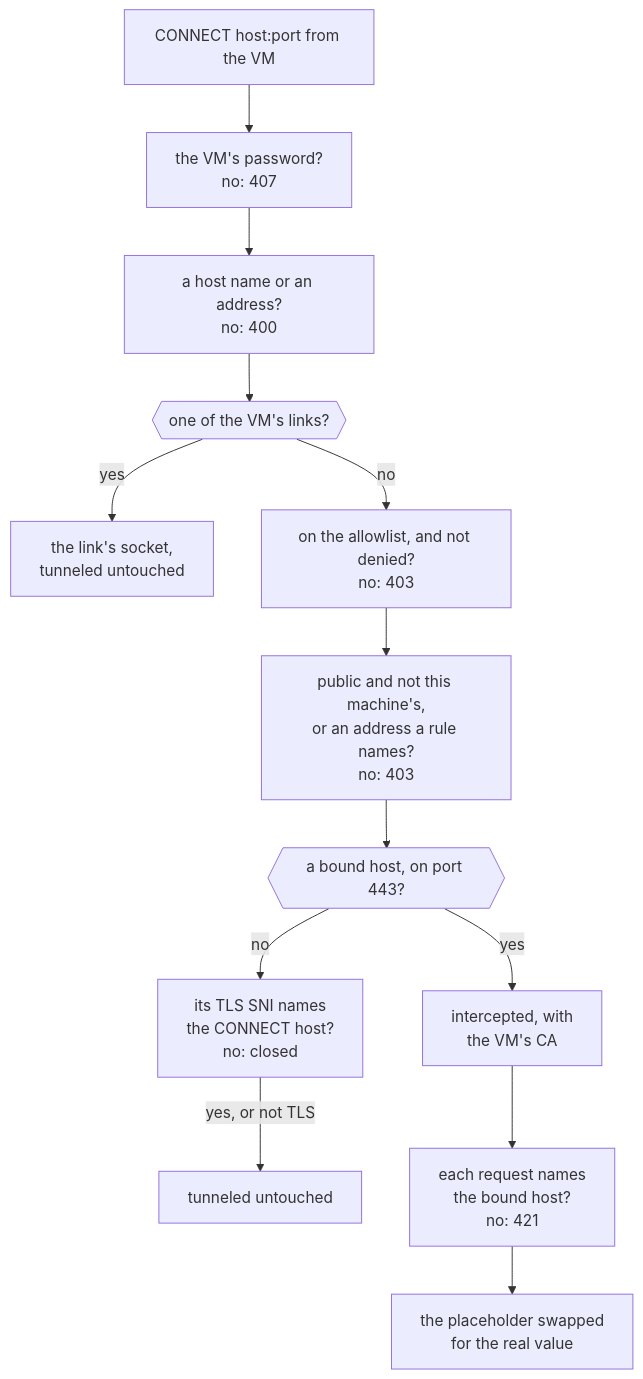
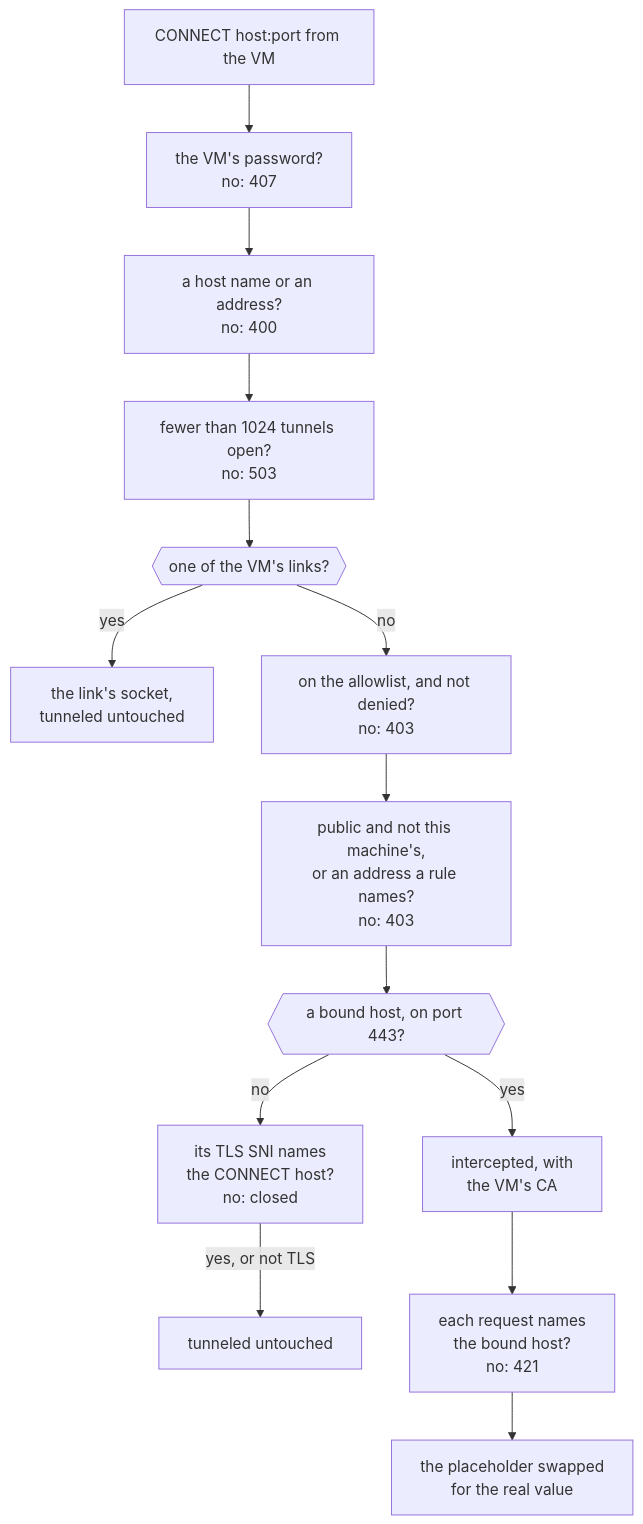
Before and after one commit to DustyPolk/devvm: the first of 2 diagrams in docs/content/docs/internals/network.md, drawn with Mermaid. The commit also changed other lines of this file and 5 other files, not shown here.

````diff
--- a/docs/content/docs/internals/network.md
+++ b/docs/content/docs/internals/network.md
@@ -41,15 +42,16 @@
 ```mermaid
 flowchart TD
   conn["CONNECT host:port from the VM"] --> pw["the VM's password?<br>no: 407"]
   pw --> name["a host name or an address?<br>no: 400"]
-  name --> link{{"one of the VM's links?"}}
+  name --> room["fewer than 1024 tunnels open?<br>no: 503"]
+  room --> link{{"one of the VM's links?"}}
   link -- "yes" --> linked["the link's socket,<br>tunneled untouched"]
   link -- "no" --> allow["on the allowlist, and not denied?<br>no: 403"]
   allow --> floor["public and not this machine's,<br>or an address a rule names?<br>no: 403"]
   floor --> bound{{"a bound host, on port 443?"}}
   bound -- "no" --> sni["its TLS SNI names<br>the CONNECT host?<br>no: closed"]
   sni -- "yes, or not TLS" --> tunnel["tunneled untouched"]
   bound -- "yes" --> intercept["intercepted, with<br>the VM's CA"]
   intercept --> named["each request names<br>the bound host?<br>no: 421"]
   named --> swap["the placeholder swapped<br>for the real value"]
 ```
````
